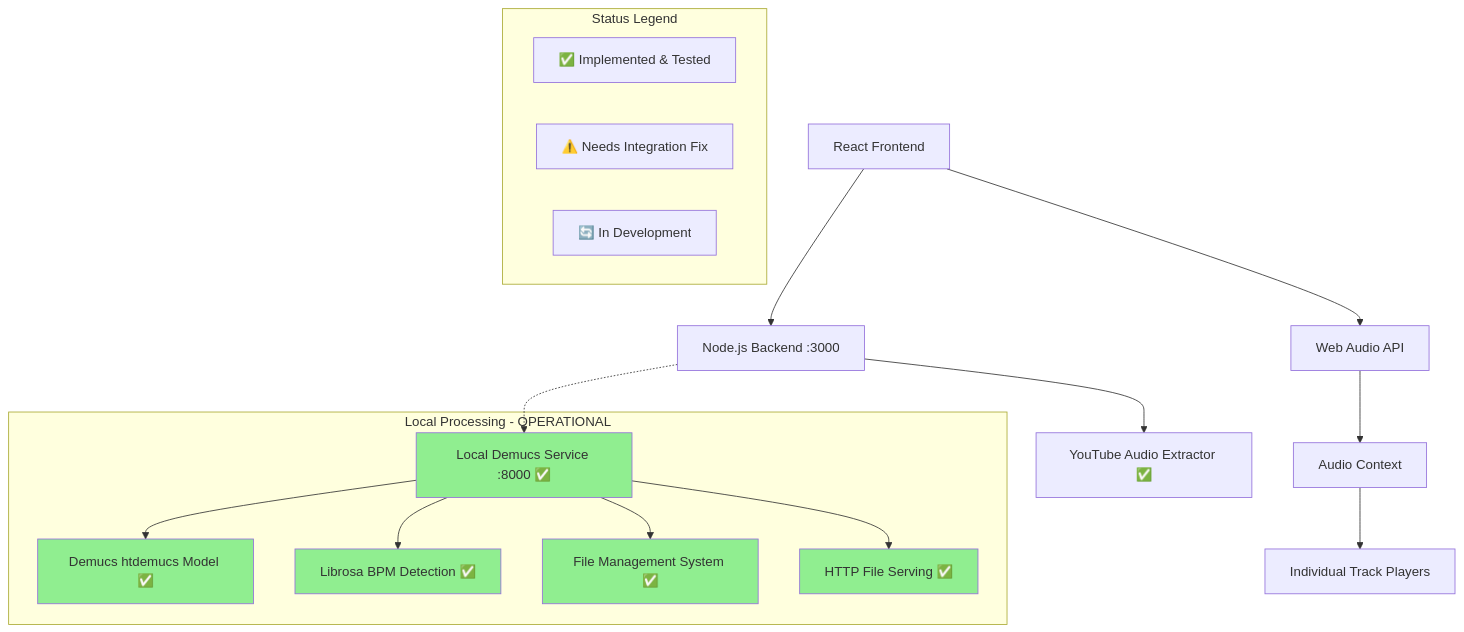
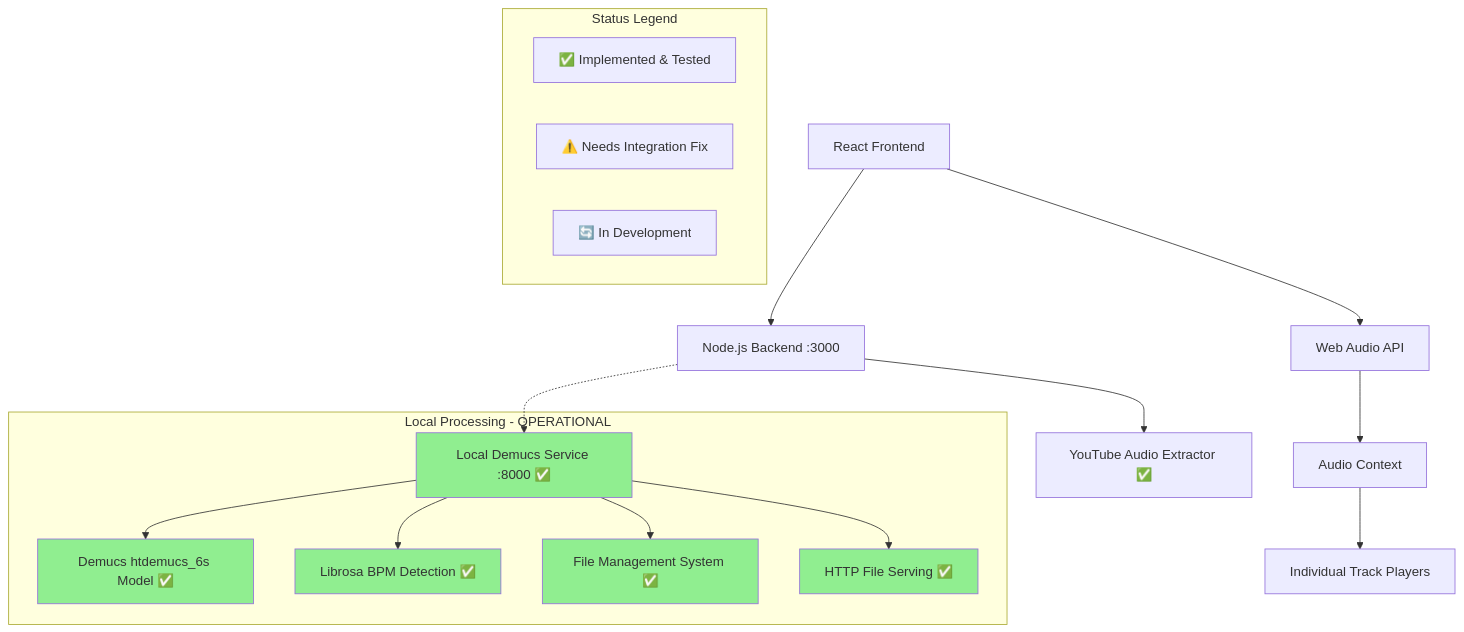
One commit to atelier-ritz/Youtube-Music-Splitter changed the diagram in .kiro/specs/band-practice-webapp/design.md. Above: the diagram before and after it, drawn with Mermaid. The commit also changed other lines of this file and 51 other files, not shown here.

````diff
--- a/.kiro/specs/band-practice-webapp/design.md
+++ b/.kiro/specs/band-practice-webapp/design.md
@@ -13,33 +13,33 @@
 ```mermaid
 graph TB
     A[React Frontend] --> B[Node.js Backend :3000]
     B --> C[YouTube Audio Extractor ✅]
     B -.-> D[Local Demucs Service :8000 ✅]
-    D --> E[Demucs htdemucs Model ✅]
+    D --> E[Demucs htdemucs_6s Model ✅]
     D --> F[Librosa BPM Detection ✅]
     D --> G[File Management System ✅]
     D --> H[HTTP File Serving ✅]
     A --> I[Web Audio API]
     I --> J[Audio Context]
     J --> K[Individual Track Players]
     
     subgraph "Local Processing - OPERATIONAL"
         D
         E
         F
         G
         H
     end
     
     subgraph "Status Legend"
         L[✅ Implemented & Tested]
         M[⚠️ Needs Integration Fix]
         N[🔄 In Development]
     end
     
     style D fill:#90EE90
     style E fill:#90EE90
     style F fill:#90EE90
     style G fill:#90EE90
     style H fill:#90EE90
 ```
````
